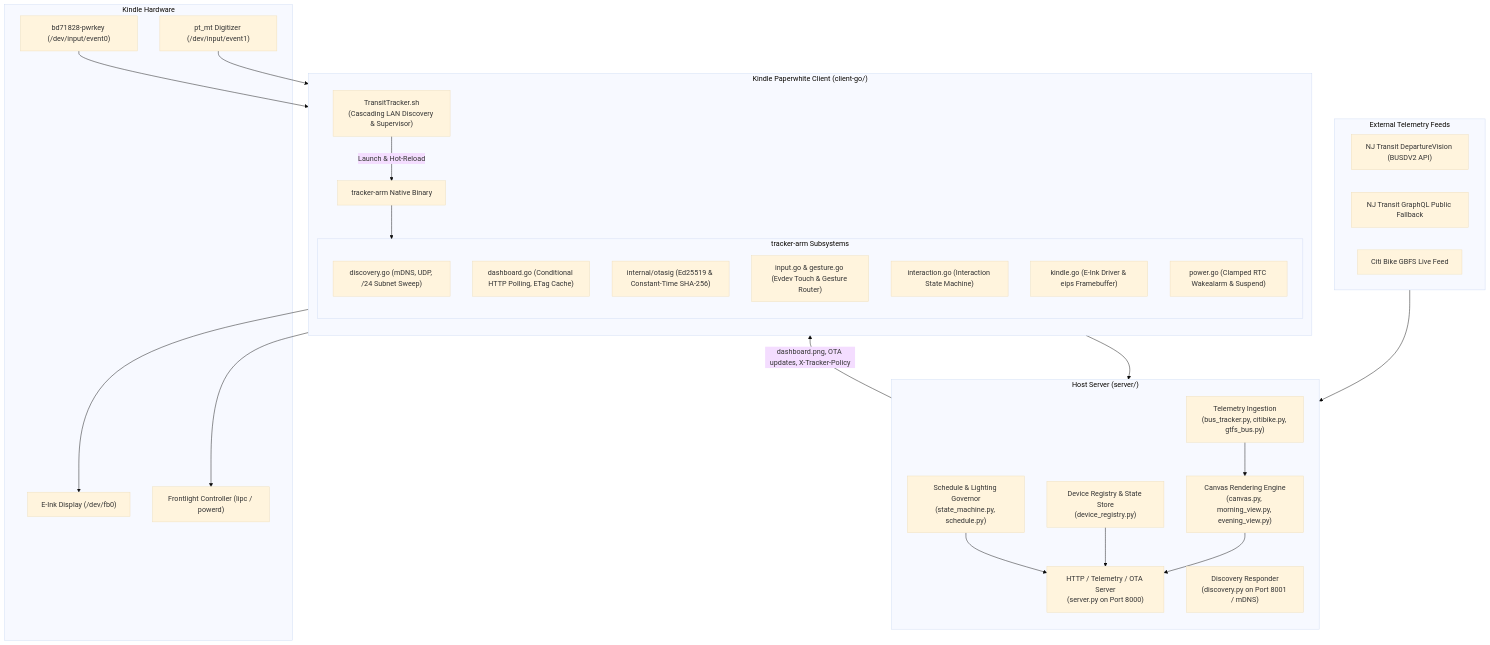
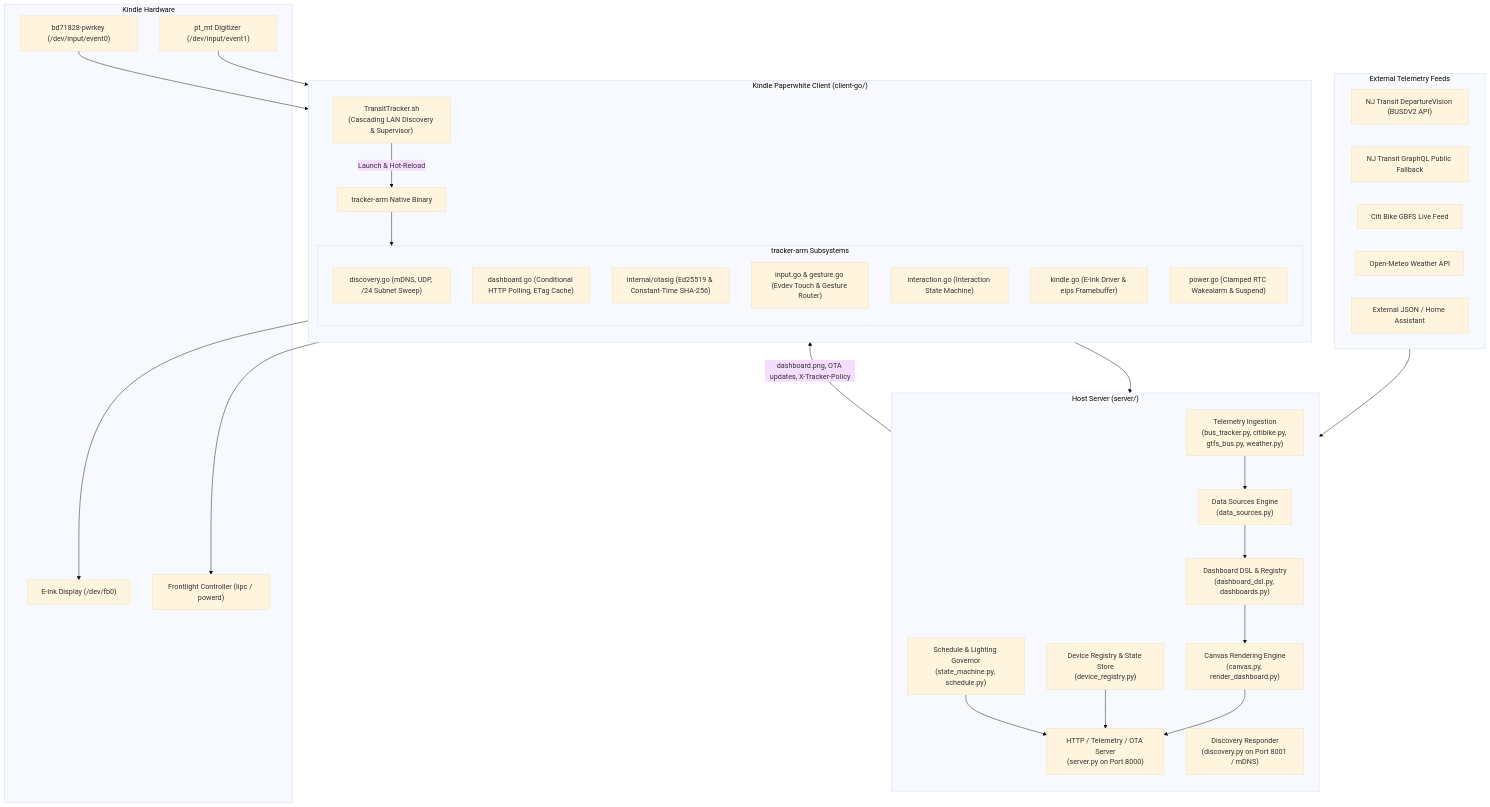
Before and after one commit to mike10010100/foliocast: the first of 3 diagrams in docs/architecture.md, drawn with Mermaid (base theme). The commit also changed other lines of this file and 25 other files, not shown here.

First line of the commit message:
feat(dashboards): modular dashboard architecture, e-ink DSL, and weather view (v1.39.0)

````diff
--- a/docs/architecture.md
+++ b/docs/architecture.md
@@ -9,57 +9,63 @@
 ```mermaid
 flowchart TD
     subgraph External["External Telemetry Feeds"]
         NJT_DV["NJ Transit DepartureVision (BUSDV2 API)"]
         NJT_GQL["NJ Transit GraphQL Public Fallback"]
         GBFS["Citi Bike GBFS Live Feed"]
+        METEO["Open-Meteo Weather API"]
+        HTTP_SRC["External JSON / Home Assistant"]
     end
 
     subgraph Server["Host Server (server/)"]
         direction TB
-        Ingest["Telemetry Ingestion\n(bus_tracker.py, citibike.py, gtfs_bus.py)"]
-        Layout["Canvas Rendering Engine\n(canvas.py, morning_view.py, evening_view.py)"]
+        Ingest["Telemetry Ingestion\n(bus_tracker.py, citibike.py, gtfs_bus.py, weather.py)"]
+        DataSources["Data Sources Engine\n(data_sources.py)"]
+        DashRegistry["Dashboard DSL & Registry\n(dashboard_dsl.py, dashboards.py)"]
+        Layout["Canvas Rendering Engine\n(canvas.py, render_dashboard.py)"]
         ScheduleEngine["Schedule & Lighting Governor\n(state_machine.py, schedule.py)"]
         FleetReg["Device Registry & State Store\n(device_registry.py)"]
         HttpServer["HTTP / Telemetry / OTA Server\n(server.py on Port 8000)"]
         DiscoveryResp["Discovery Responder\n(discovery.py on Port 8001 / mDNS)"]
 
-        Ingest --> Layout
+        Ingest --> DataSources
+        DataSources --> DashRegistry
+        DashRegistry --> Layout
         ScheduleEngine --> HttpServer
         FleetReg --> HttpServer
         Layout --> HttpServer
     end
 
     subgraph Client["Kindle Paperwhite Client (client-go/)"]
         direction TB
         Bootstrap["TransitTracker.sh\n(Cascading LAN Discovery & Supervisor)"]
         GoBinary["tracker-arm Native Binary"]
         
         subgraph Subsystems["tracker-arm Subsystems"]
             Disc["discovery.go (mDNS, UDP, /24 Subnet Sweep)"]
             Http["dashboard.go (Conditional HTTP Polling, ETag Cache)"]
             Sec["internal/otasig (Ed25519 & Constant-Time SHA-256)"]
             Ev["input.go & gesture.go (Evdev Touch & Gesture Router)"]
             Overlay["interaction.go (Interaction State Machine)"]
             Disp["kindle.go (E-Ink Driver & eips Framebuffer)"]
             PwrMgmt["power.go (Clamped RTC Wakealarm & Suspend)"]
         end
 
         Bootstrap -->|Launch & Hot-Reload| GoBinary
         GoBinary --> Subsystems
     end
 
     subgraph HW["Kindle Hardware"]
         FB["E-Ink Display (/dev/fb0)"]
         Touch["pt_mt Digitizer (/dev/input/event1)"]
         Pwr["bd71828-pwrkey (/dev/input/event0)"]
         Light["Frontlight Controller (lipc / powerd)"]
     end
 
     External --> Ingest
     HttpServer -->|"dashboard.png, OTA updates, X-Tracker-Policy"| Http
     Disc --> DiscoveryResp
     Disp --> FB
     Touch --> Ev
     Pwr --> Ev
     Http --> Light
 ```
````
